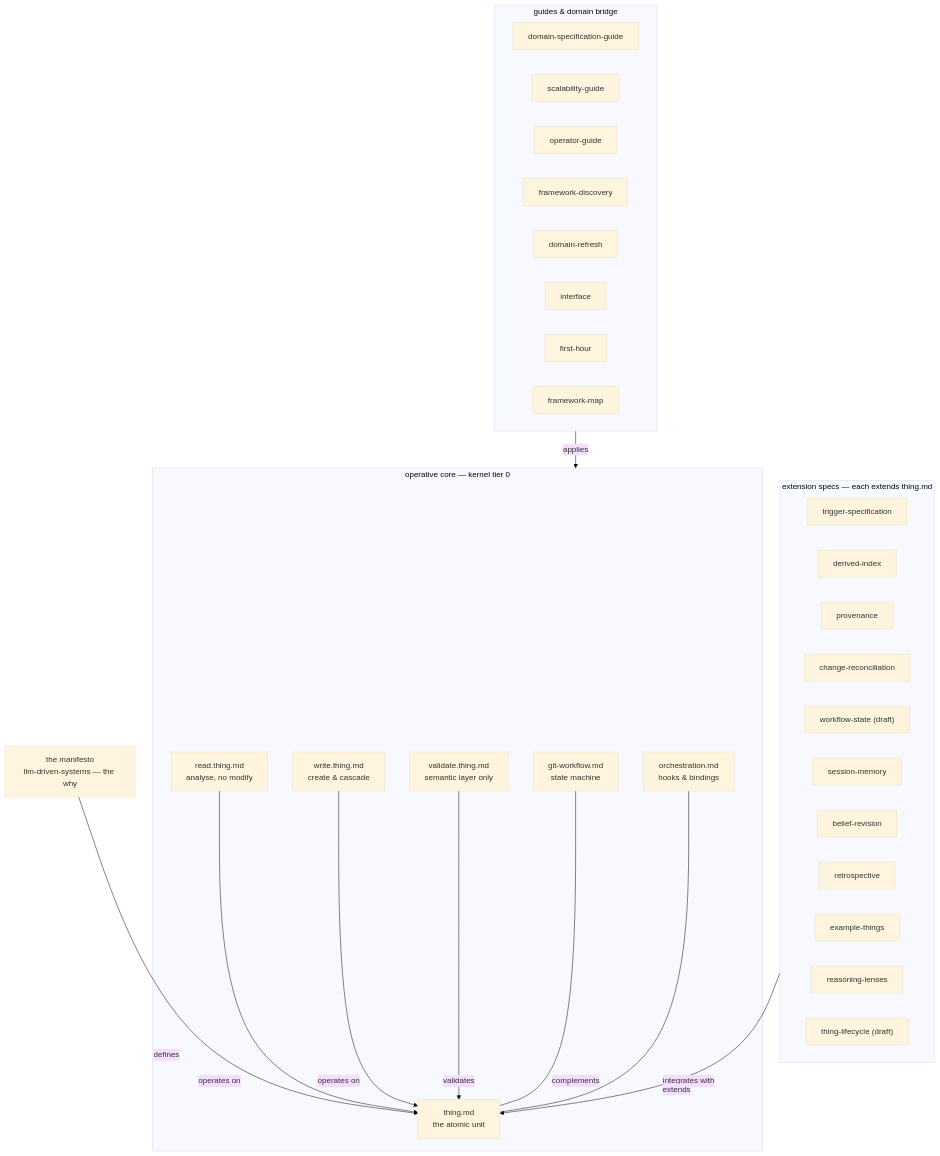
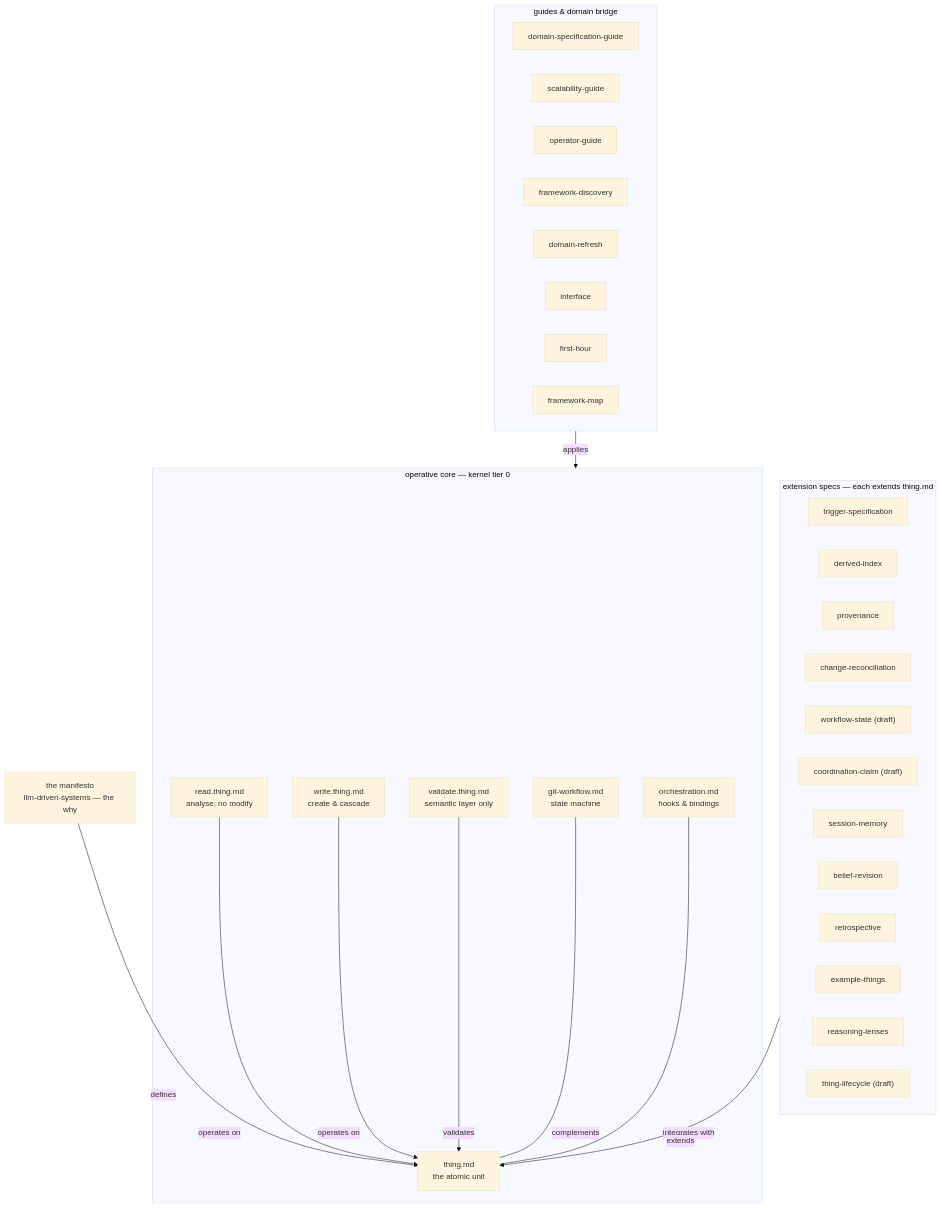
Before and after one commit to JanoshMoshiri/MarkdownLLM: the second of 3 diagrams in framework-map.md, drawn with Mermaid (base theme). The commit also changed other lines of this file and 14 other files, not shown here.

````diff
--- a/framework-map.md
+++ b/framework-map.md
@@ -104,44 +104,45 @@
 ```mermaid
 flowchart TD
     MAN["the manifesto<br/>llm-driven-systems — the why"]
     subgraph core ["operative core — kernel tier 0"]
         GITW["git-workflow.md<br/>state machine"]
         THING["thing.md<br/>the atomic unit"]
         ORCH["orchestration.md<br/>hooks & bindings"]
         READ["read.thing.md<br/>analyse, no modify"]
         WRITE["write.thing.md<br/>create & cascade"]
         VAL["validate.thing.md<br/>semantic layer only"]
     end
     subgraph ext ["extension specs — each extends thing.md"]
         TRIG["trigger-specification"]
         DIDX["derived-index"]
         PROV["provenance"]
         CRECON["change-reconciliation"]
         WSTATE["workflow-state (draft)"]
+        COORD["coordination-claim (draft)"]
         SMEM["session-memory"]
         BREV["belief-revision"]
         RETRO["retrospective"]
         EXTH["example-things"]
         LENS["reasoning-lenses"]
         LIFE["thing-lifecycle (draft)"]
     end
     subgraph guides ["guides & domain bridge"]
         DSG["domain-specification-guide"]
         SCAL["scalability-guide"]
         OPG["operator-guide"]
         DISC["framework-discovery"]
         REFR["domain-refresh"]
         IFACE["interface"]
         FH["first-hour"]
         FMAP["framework-map"]
     end
 
     MAN -->|defines| THING
     READ -->|operates on| THING
     WRITE -->|operates on| THING
     VAL -->|validates| THING
     GITW ---|complements| THING
     ORCH ---|integrates with| THING
     ext -->|extends| THING
     guides -->|applies| core
 ```
````
